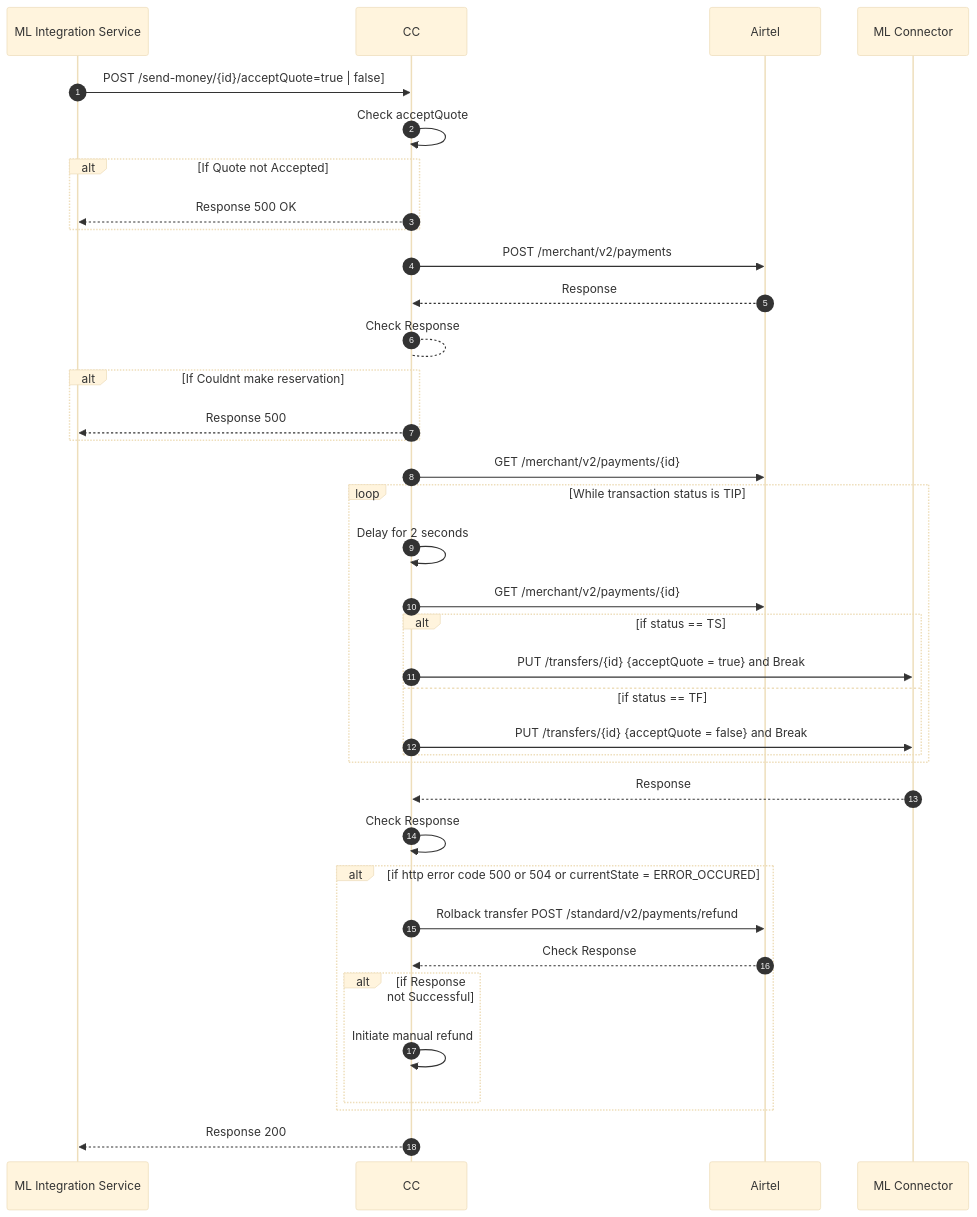
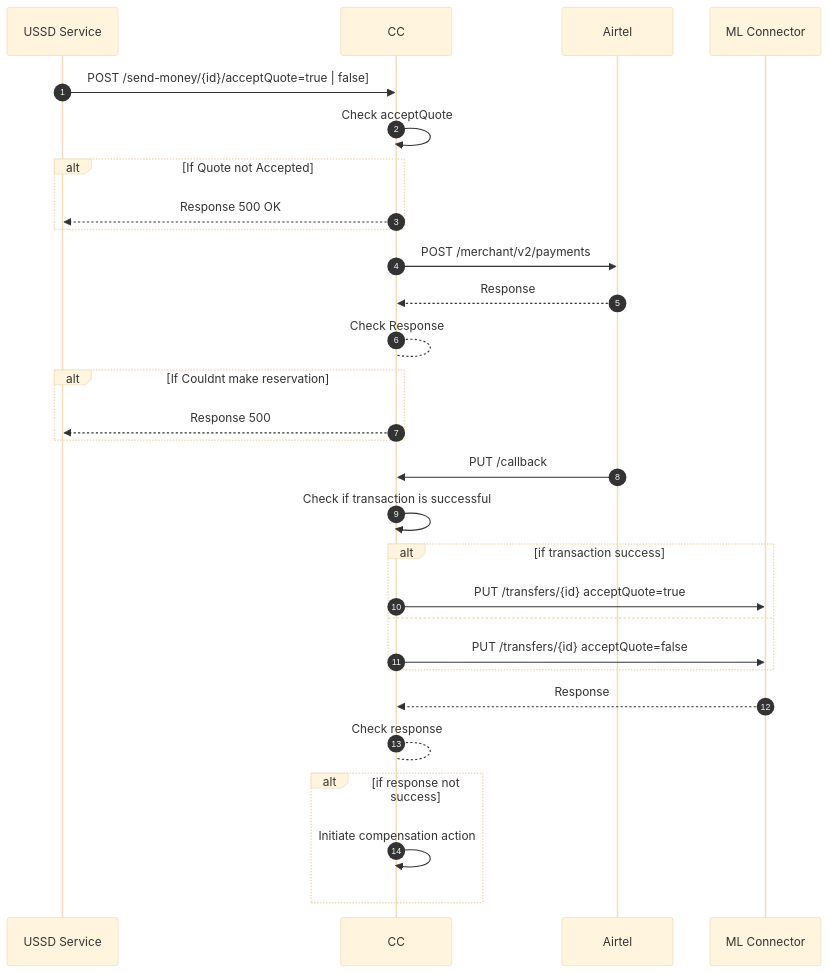
One commit to mojaloop/ml-reference-connectors changed the diagram in mtn-zm-core-connector/docs/payer-update-send-money.md. Above: the diagram before and after it, drawn with Mermaid (base theme). The commit also changed other lines of this file and 4 other files, not shown here.

Commit message:
docs: updated send money flows and api spec

````diff
--- a/mtn-zm-core-connector/docs/payer-update-send-money.md
+++ b/mtn-zm-core-connector/docs/payer-update-send-money.md
@@ -3,35 +13,27 @@
 ```mermaid
 sequenceDiagram
   autoNumber
-  ML Integration Service->>CC: POST /send-money/{id}/acceptQuote=true | false]
+  USSD Service->>CC: POST /send-money/{id}/acceptQuote=true | false]
   CC->>CC: Check acceptQuote
   Alt If Quote not Accepted
-  CC-->>ML Integration Service: Response 500 OK
+  CC-->>USSD Service: Response 500 OK
   End
   CC->>Airtel:POST /merchant/v2/payments
   Airtel-->>CC:Response
   CC-->CC: Check Response
   Alt If Couldnt make reservation
-  CC-->>ML Integration Service: Response 500
+  CC-->>USSD Service: Response 500
   End
-  CC->>Airtel: GET  /merchant/v2/payments/{id}
-  Loop While transaction status is TIP
-  CC->>CC: Delay for 2 seconds
-  CC->>Airtel: GET  /merchant/v2/payments/{id}
-  Alt if status == TS
-  CC->>ML Connector:PUT  /transfers/{id} {acceptQuote = true} and Break
-  else if status == TF
-  CC->>ML Connector:PUT  /transfers/{id} {acceptQuote = false} and Break
-  End
+  Airtel->>CC: PUT /callback
+  CC ->> CC: Check if transaction is successful
+  Alt if transaction success
+  CC ->> ML Connector: PUT /transfers/{id} acceptQuote=true
+  Else
+  CC ->> ML Connector: PUT /transfers/{id} acceptQuote=false
   End
   ML Connector -->> CC: Response
-  CC->>CC: Check Response
-  Alt if http error code 500 or 504 or currentState = ERROR_OCCURED
-  CC->>Airtel : Rolback transfer POST /standard/v2/payments/refund
-  Airtel-->>CC:Check Response
-  Alt if Response not Successful
-  CC->>CC: Initiate manual refund
+  CC --> CC: Check response
+  Alt if response not success
+  CC ->> CC: Initiate compensation action
   End
-  End
-  CC-->>ML Integration Service: Response 200
 ```
````
